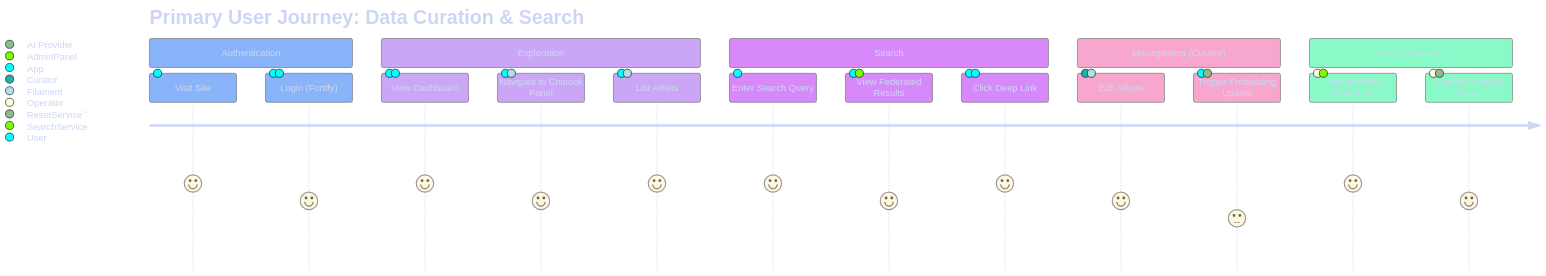
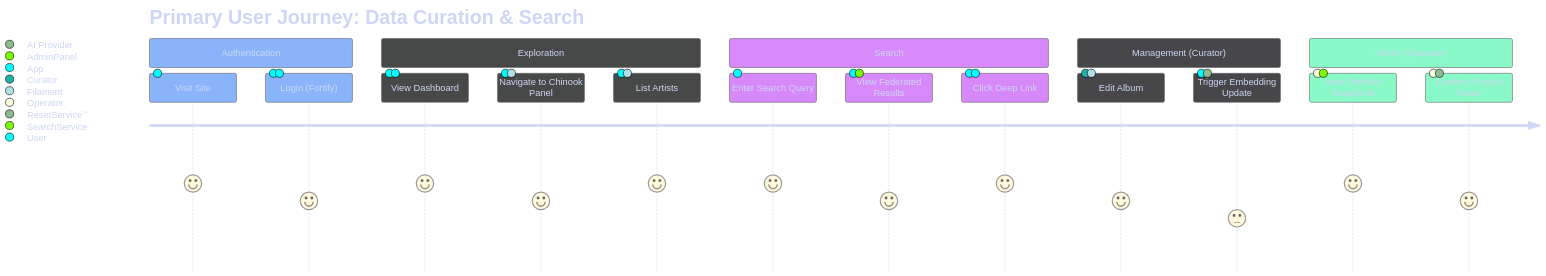
One commit to s-a-c/samples-20260717 changed the diagram in docs/09-product/0904-user-stories.md. Above: the diagram before and after it, drawn with Mermaid. The commit also changed other lines of this file and 2157 other files, not shown here.

`````diff
--- a/docs/09-product/0904-user-stories.md
+++ b/docs/09-product/0904-user-stories.md
@@ -81,53 +80,33 @@
 ````mermaid
 ---
-title: Primary User Journey
 config:
   theme: redux-dark-color
   themeVariables:
     background: "#1e1e2e"
     primaryColor: "#89b4fa"
     primaryTextColor: "#1e1e2e"
     primaryBorderColor: "#74c7ec"
     lineColor: "#74c7ec"
-    secondaryColor: "#cba6f7"
-    secondaryTextColor: "#1e1e2e"
-    secondaryBorderColor: "#b4befe"
-    tertiaryColor: "#94e2d5"
-    tertiaryTextColor: "#1e1e2e"
-    tertiaryBorderColor: "#89dceb"
-    mainBkg: "#89b4fa"
-    secondBkg: "#cba6f7"
-    tertiaryBkg: "#94e2d5"
     textColor: "#cdd6f4"
-    nodeBorder: "#74c7ec"
-    clusterBkg: "#313244"
-    clusterBorder: "#b4befe"
-    edgeLabelBackground: "#1e1e2e"
-    titleColor: "#cdd6f4"
     fontSize: 16px
-  themeCSS: |
-    .node rect, .node circle, .node ellipse, .node polygon, .node path { stroke-width: 2px !important; }
-    .edgePath .path { stroke-width: 2px !important; }
-    .label { font-weight: bold !important; }
-    .edgeLabel { background-color: #1e1e2e !important; }
 ---
 journey
     title Primary User Journey: Data Curation & Search
     section Authentication
       Visit Site: 5: User
       Login (Fortify): 4: User, App
     section Exploration
       View Dashboard: 5: User, App
       Navigate to Chinook Panel: 4: User, Filament
       List Artists: 5: User, Filament
     section Search
       Enter Search Query: 5: User
       View Federated Results: 4: User, SearchService
       Click Deep Link: 5: User, App
     section Management (Curator)
       Edit Album: 4: Curator, Filament
       Trigger Embedding Update: 3: App, AI Provider
     section Admin (Operator)
       View Portfolio Snapshots: 5: Operator, AdminPanel
       Confirm Product Reset: 4: Operator, ResetService```
 ````
`````
